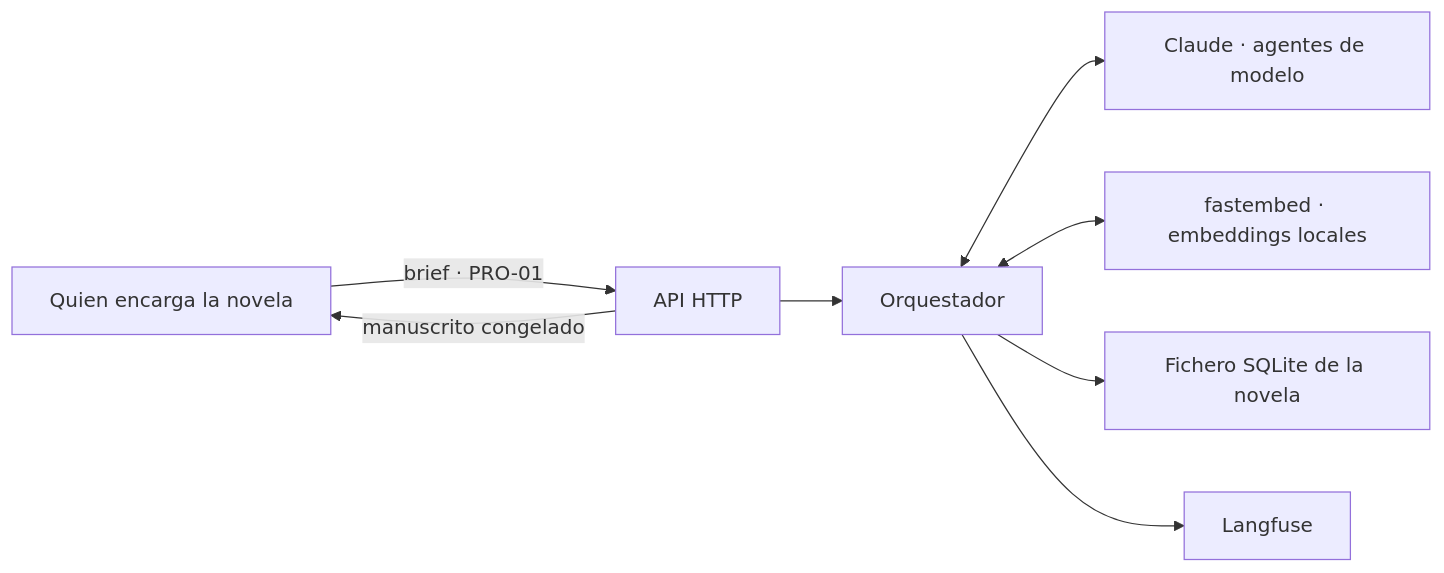
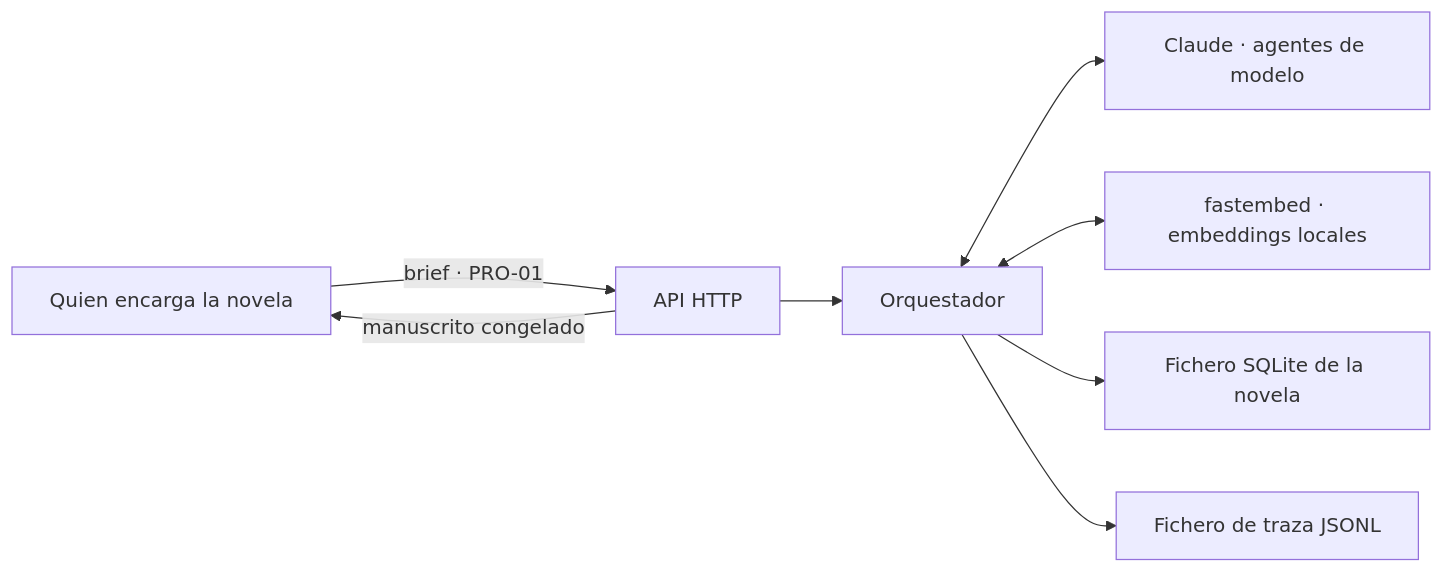
Before and after one commit to emilioqaracter/Story-Maker: the diagram in specs/srs-backend-v1.md, drawn with Mermaid. The commit also changed other lines of this file and 247 other files, not shown here.

````diff
--- a/specs/srs-backend-v1.md
+++ b/specs/srs-backend-v1.md
@@ -77,10 +77,10 @@
 ```mermaid
 graph LR
   OP["Quien encarga la novela"] -->|brief · PRO-01| API["API HTTP"]
   API --> ORQ["Orquestador"]
   ORQ <--> CLA["Claude · agentes de modelo"]
   ORQ <--> OR["fastembed · embeddings locales"]
   ORQ --> DB["Fichero SQLite de la novela"]
-  ORQ --> LF["Langfuse"]
+  ORQ --> TR["Fichero de traza JSONL"]
   API -->|manuscrito congelado| OP
 ```
````
